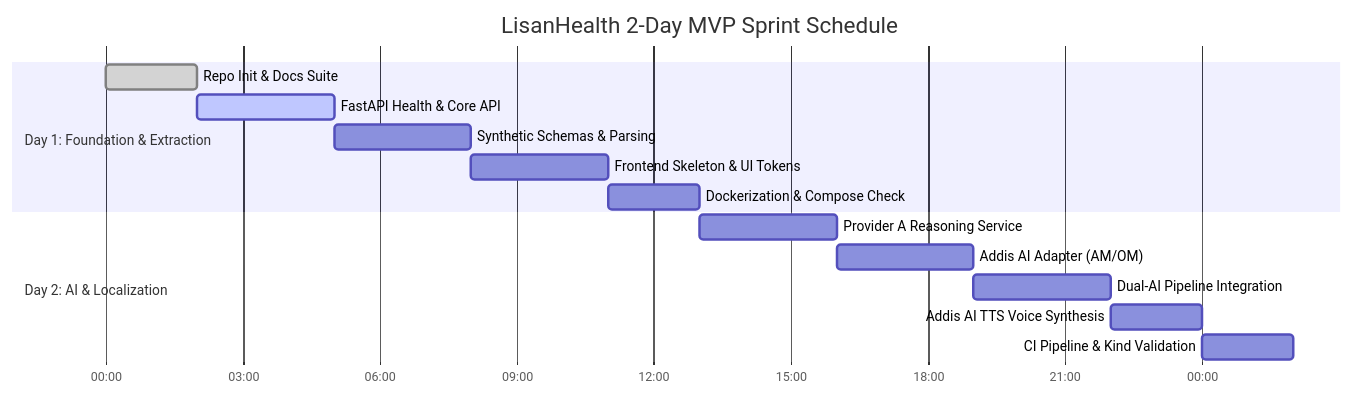
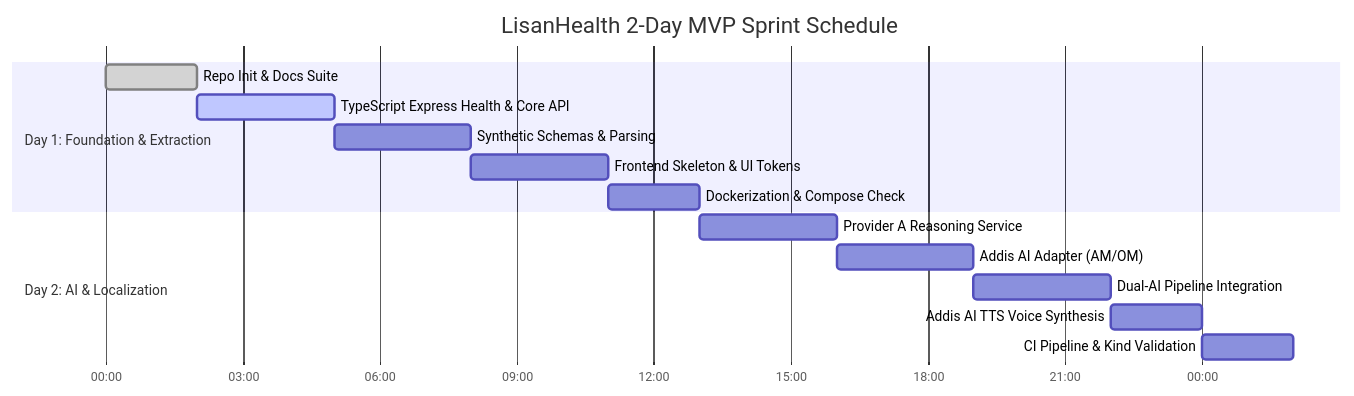
One commit to Eliphaz21/Lisan_Health changed the diagram in docs/implementation-plan.md. Above: the diagram before and after it, drawn with Mermaid. The commit also changed other lines of this file and 41 other files, not shown here.

````diff
--- a/docs/implementation-plan.md
+++ b/docs/implementation-plan.md
@@ -12,20 +12,20 @@
 ```mermaid
 gantt
     title LisanHealth 2-Day MVP Sprint Schedule
     dateFormat  HH:mm
     axisFormat  %H:%M
     
     section Day 1: Foundation & Extraction
     Repo Init & Docs Suite        :done, d1_1, 00:00, 2h
-    FastAPI Health & Core API     :active, d1_2, after d1_1, 3h
+    TypeScript Express Health & Core API     :active, d1_2, after d1_1, 3h
     Synthetic Schemas & Parsing   :d1_3, after d1_2, 3h
     Frontend Skeleton & UI Tokens :d1_4, after d1_3, 3h
     Dockerization & Compose Check :d1_5, after d1_4, 2h
 
     section Day 2: AI & Localization
     Provider A Reasoning Service  :d2_1, after d1_5, 3h
     Addis AI Adapter (AM/OM)      :d2_2, after d2_1, 3h
     Dual-AI Pipeline Integration  :d2_3, after d2_2, 3h
     Addis AI TTS Voice Synthesis  :d2_4, after d2_3, 2h
     CI Pipeline & Kind Validation :d2_5, after d2_4, 2h
 ```
````
